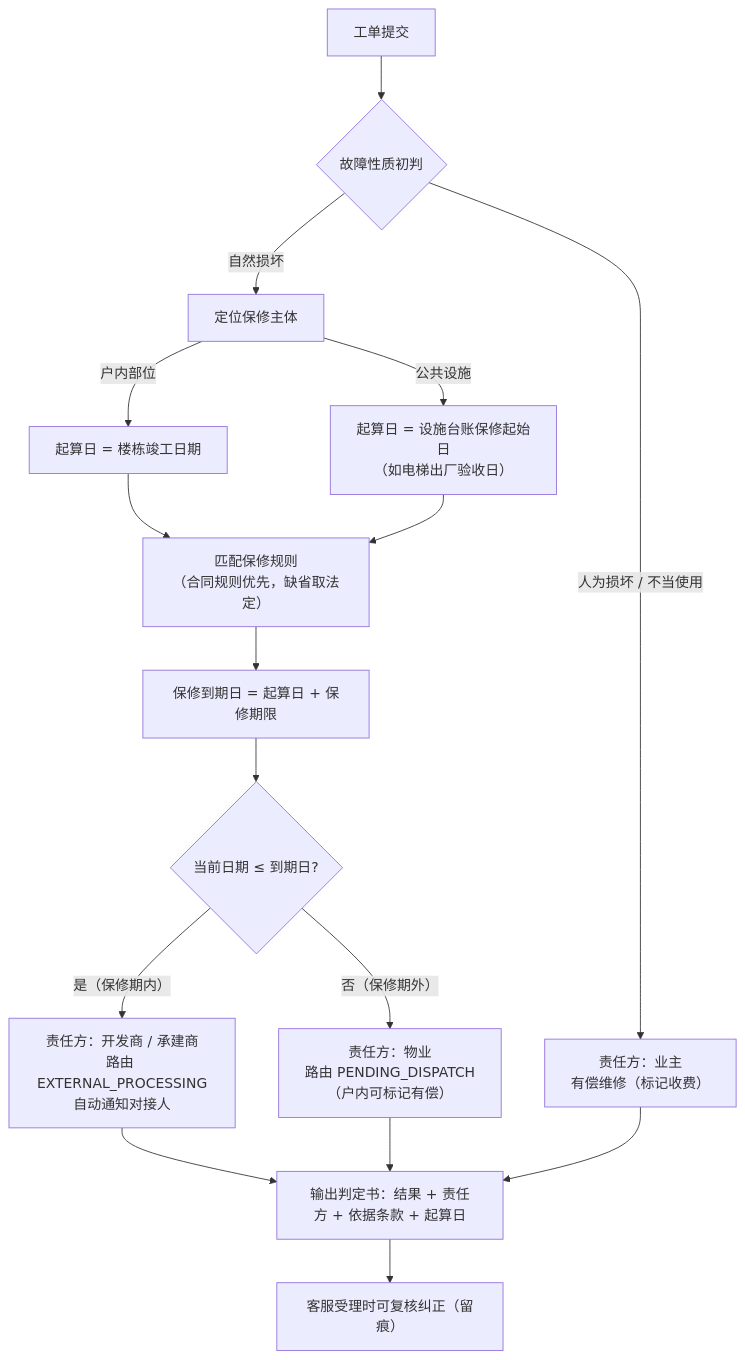
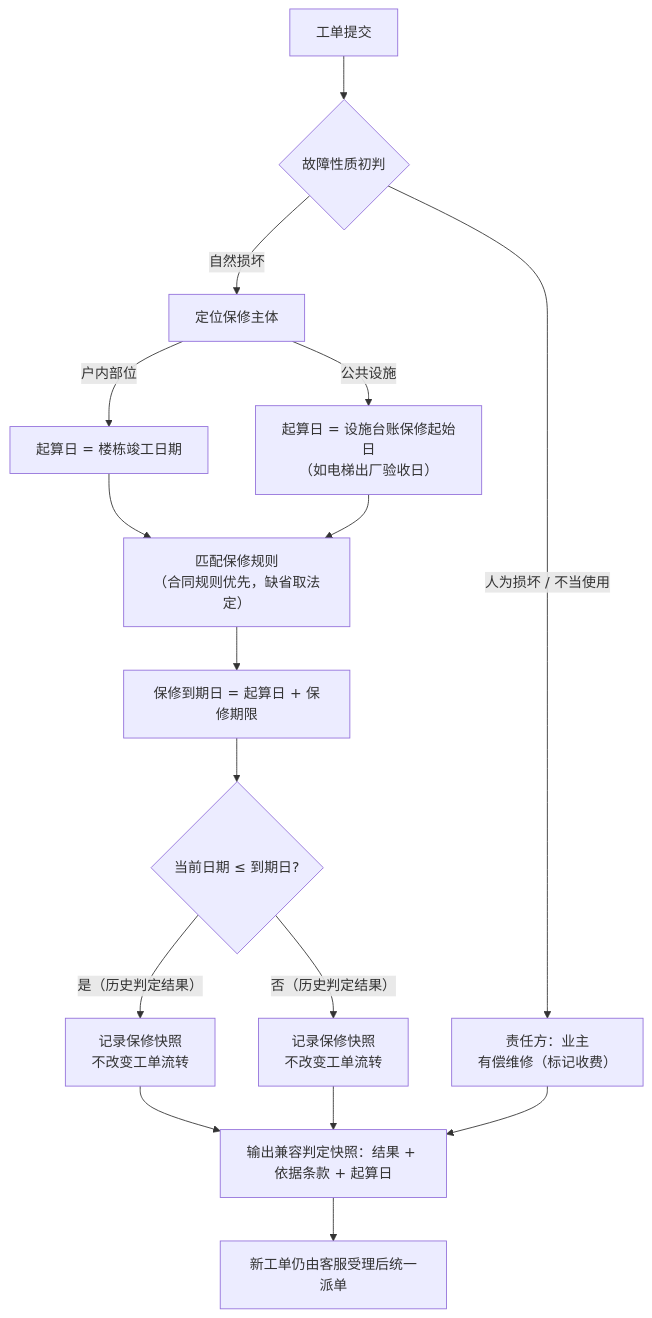
The fourth of 7 diagrams in docs/03-业务流程分析.md (Zayu2005/WarrantyPro), drawn with Mermaid before and after one commit. The commit also changed other lines of this file and 24 other files, not shown here.

````diff
--- a/docs/03-业务流程分析.md
+++ b/docs/03-业务流程分析.md
@@ -131,16 +132,16 @@
 ```mermaid
 flowchart TD
     A["工单提交"] --> B{"故障性质初判"}
     B -- "人为损坏 / 不当使用" --> C["责任方：业主<br/>有偿维修（标记收费）"]
     B -- "自然损坏" --> D["定位保修主体"]
     D -- "户内部位" --> E["起算日 = 楼栋竣工日期"]
     D -- "公共设施" --> F["起算日 = 设施台账保修起始日<br/>（如电梯出厂验收日）"]
     E --> G["匹配保修规则<br/>（合同规则优先，缺省取法定）"]
     F --> G
     G --> H["保修到期日 = 起算日 + 保修期限"]
     H --> I{"当前日期 ≤ 到期日?"}
-    I -- "是（保修期内）" --> J["责任方：开发商 / 承建商<br/>路由 EXTERNAL_PROCESSING<br/>自动通知对接人"]
-    I -- "否（保修期外）" --> K["责任方：物业<br/>路由 PENDING_DISPATCH<br/>（户内可标记有偿）"]
-    J & K & C --> L["输出判定书：结果 + 责任方 + 依据条款 + 起算日"]
-    L --> M["客服受理时可复核纠正（留痕）"]
+    I -- "是（历史判定结果）" --> J["记录保修快照<br/>不改变工单流转"]
+    I -- "否（历史判定结果）" --> K["记录保修快照<br/>不改变工单流转"]
+    J & K & C --> L["输出兼容判定快照：结果 + 依据条款 + 起算日"]
+    L --> M["新工单仍由客服受理后统一派单"]
 ```
````
